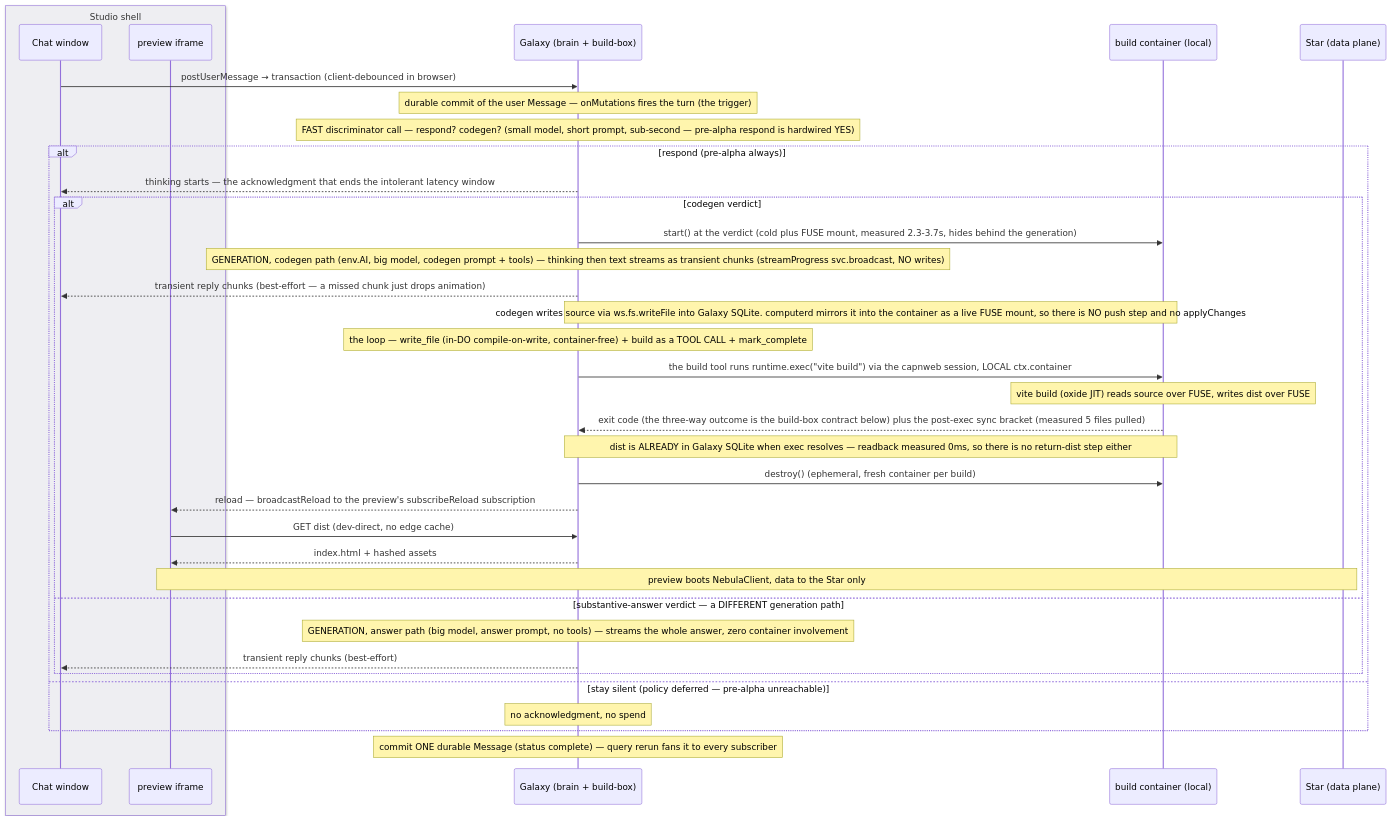
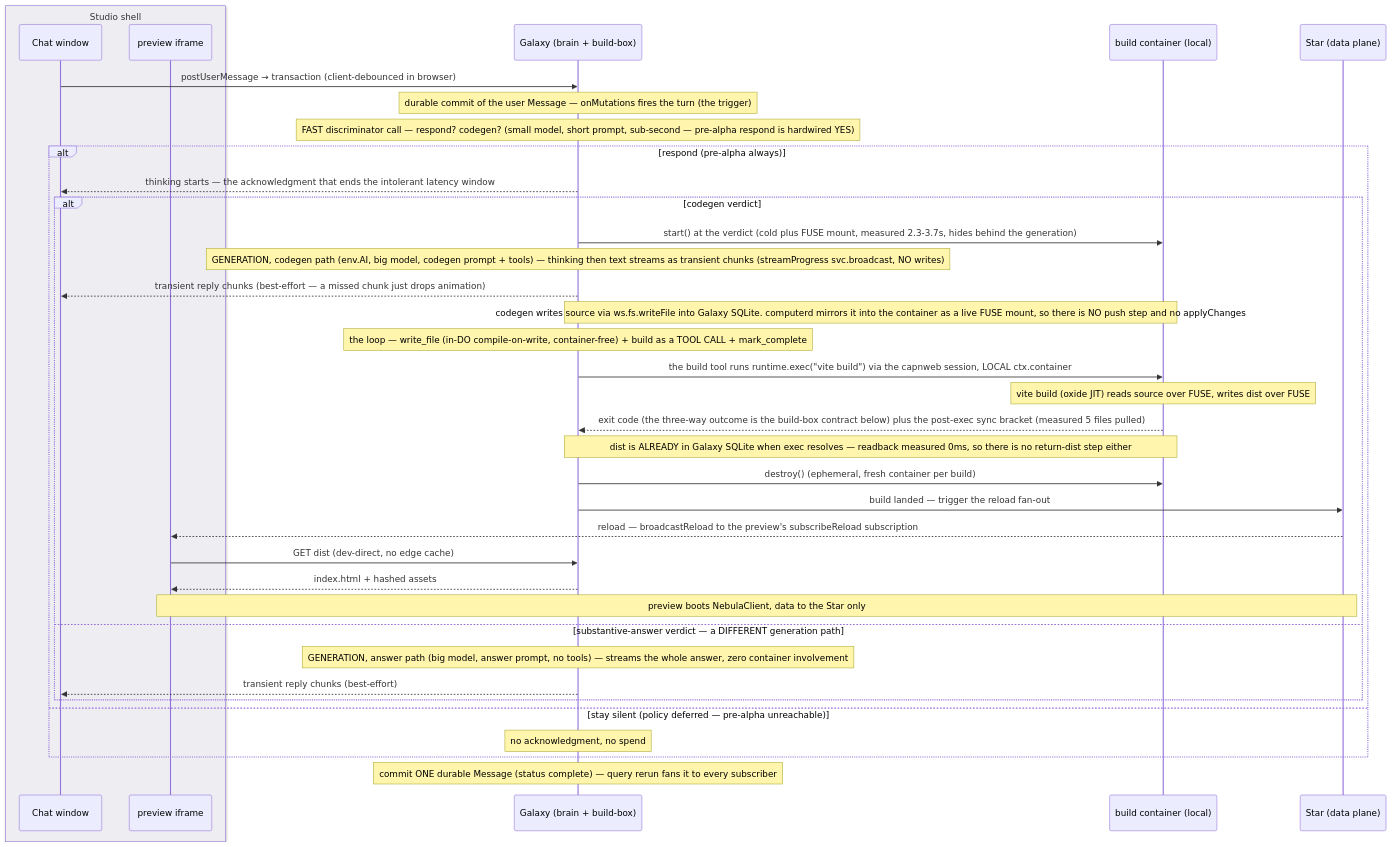
The diagram in tasks/nebula-galaxy-collapse-and-chat.md (lumenize/lumenize), drawn with Mermaid before and after one commit.

Commit message:
docs(collapse): core-flow diagram shows the reload hop through the Star (hand review)

````diff
--- a/tasks/nebula-galaxy-collapse-and-chat.md
+++ b/tasks/nebula-galaxy-collapse-and-chat.md
@@ -98,38 +98,39 @@
 ```mermaid
 sequenceDiagram
     box rgb(238,238,242) Studio shell
       participant Chat as Chat window
       participant P as preview iframe
     end
     participant G as Galaxy (brain + build-box)
     participant K as build container (local)
     participant Da as Star (data plane)
     Chat->>G: postUserMessage → transaction (client-debounced in browser)
     Note over G: durable commit of the user Message — onMutations fires the turn (the trigger)
     Note over G: FAST discriminator call — respond? codegen? (small model, short prompt, sub-second — pre-alpha respond is hardwired YES)
     alt respond (pre-alpha always)
       G-->>Chat: thinking starts — the acknowledgment that ends the intolerant latency window
       alt codegen verdict
         G->>K: start() at the verdict (cold plus FUSE mount, measured 2.3-3.7s, hides behind the generation)
         Note over G: GENERATION, codegen path (env.AI, big model, codegen prompt + tools) — thinking then text streams as transient chunks (streamProgress svc.broadcast, NO writes)
         G-->>Chat: transient reply chunks (best-effort — a missed chunk just drops animation)
         Note over G,K: codegen writes source via ws.fs.writeFile into Galaxy SQLite. computerd mirrors it into the container as a live FUSE mount, so there is NO push step and no applyChanges
         Note over G: the loop — write_file (in-DO compile-on-write, container-free) + build as a TOOL CALL + mark_complete
         G->>K: the build tool runs runtime.exec("vite build") via the capnweb session, LOCAL ctx.container
         Note over K: vite build (oxide JIT) reads source over FUSE, writes dist over FUSE
         K-->>G: exit code (the three-way outcome is the build-box contract below) plus the post-exec sync bracket (measured 5 files pulled)
         Note over G,K: dist is ALREADY in Galaxy SQLite when exec resolves — readback measured 0ms, so there is no return-dist step either
         G->>K: destroy() (ephemeral, fresh container per build)
-        G-->>P: reload — broadcastReload to the preview's subscribeReload subscription
+        G->>Da: build landed — trigger the reload fan-out
+        Da-->>P: reload — broadcastReload to the preview's subscribeReload subscription
         P->>G: GET dist (dev-direct, no edge cache)
         G-->>P: index.html + hashed assets
         Note over P,Da: preview boots NebulaClient, data to the Star only
       else substantive-answer verdict — a DIFFERENT generation path
         Note over G: GENERATION, answer path (big model, answer prompt, no tools) — streams the whole answer, zero container involvement
         G-->>Chat: transient reply chunks (best-effort)
       end
     else stay silent (policy deferred — pre-alpha unreachable)
       Note over G: no acknowledgment, no spend
     end
     Note over G: commit ONE durable Message (status complete) — query rerun fans it to every subscriber
 ```
````
